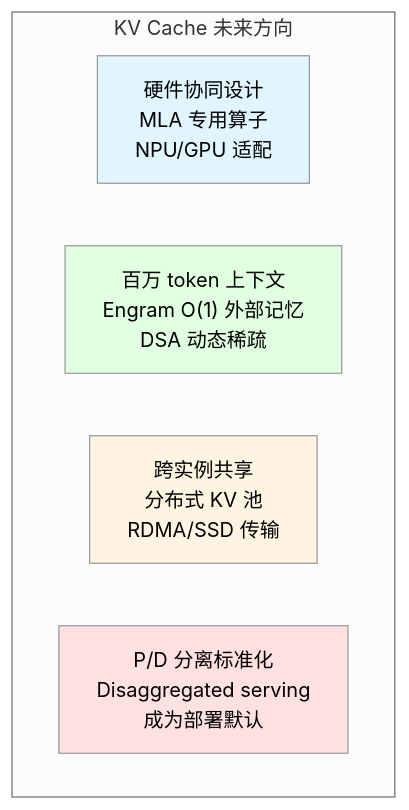
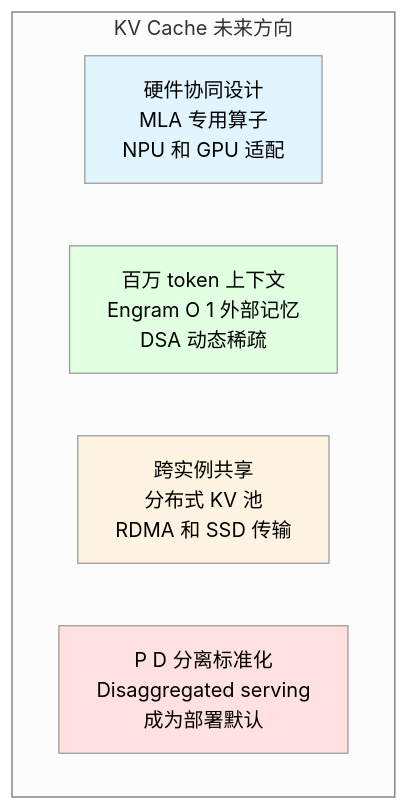
Diagram 18 of 18 in kv-cache-evolution/01_kv-cache-history-and-evolution.zh.md (Rugu7/AiNotes), drawn with Mermaid (neutral theme) before and after one commit. The commit also changed 2 other files, not shown here.

Commit message:
fix: 彻底修复 3 个 mermaid 图表渲染问题
上次修复仅加了双引号，但 GitHub mermaid 渲染器对引号内的特殊字符
序列仍有解析问题。本次修复移除了所有可能引起歧义的特殊字符：

- 02_kv-cache-cpu-offload-detailed 3.2 节:
  - 移除 __init__ 双下划线、// 双斜杠、= 等号、/ 斜杠
  - super().__init__ -> 调用父类初始化
  - cpu_capacity_bytes // total_bytes_per_block -> cpu_capacity_bytes 除以 total_bytes_per_block
  - shape/stride -> shape 和 stride
  - kv_connector=SimpleCPUOffloadConnector -> kv_connector 为 SimpleCPUOffloadConnector

- 04_kv-cache-offload-observability-and-tests 六节:
  - 移除 / 斜杠（被 mermaid 误解析为路径分隔符）
  - transfer_size/time/type -> transfer size time type
  - cpu swap space/num blocks/rank -> cpu swap space 和 num blocks 和 rank
  - /dev/shm -> dev shm

- 01_kv-cache-history-and-evolution 9.5 节:
  - 移除 / 斜杠和 () 括号
  - NPU/GPU -> NPU 和 GPU
  - O(1) -> O 1
  - RDMA/SSD -> RDMA 和 SSD
  - P/D -> P D

修复保证逻辑含义不变，仅调整表述方式以兼容 mermaid 语法

````diff
--- a/kv-cache-evolution/01_kv-cache-history-and-evolution.zh.md
+++ b/kv-cache-evolution/01_kv-cache-history-and-evolution.zh.md
@@ -642,14 +642,14 @@
 ```mermaid
 graph TB
     subgraph "KV Cache 未来方向"
-        F1["硬件协同设计<br/>MLA 专用算子<br/>NPU/GPU 适配"]
-        F2["百万 token 上下文<br/>Engram O(1) 外部记忆<br/>DSA 动态稀疏"]
-        F3["跨实例共享<br/>分布式 KV 池<br/>RDMA/SSD 传输"]
-        F4["P/D 分离标准化<br/>Disaggregated serving<br/>成为部署默认"]
+        F1["硬件协同设计<br/>MLA 专用算子<br/>NPU 和 GPU 适配"]
+        F2["百万 token 上下文<br/>Engram O 1 外部记忆<br/>DSA 动态稀疏"]
+        F3["跨实例共享<br/>分布式 KV 池<br/>RDMA 和 SSD 传输"]
+        F4["P D 分离标准化<br/>Disaggregated serving<br/>成为部署默认"]
     end
 
     style F1 fill:#e1f5ff
     style F2 fill:#e1ffe1
     style F3 fill:#fff4e1
     style F4 fill:#ffe1e1
 ```
````
